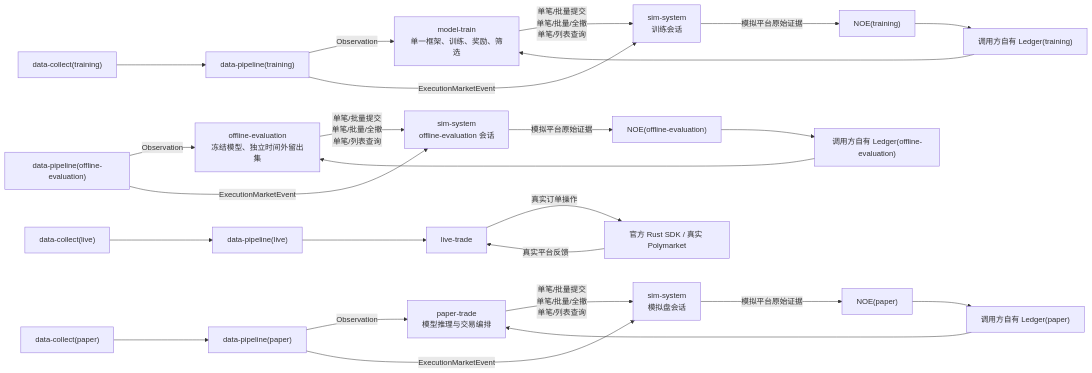
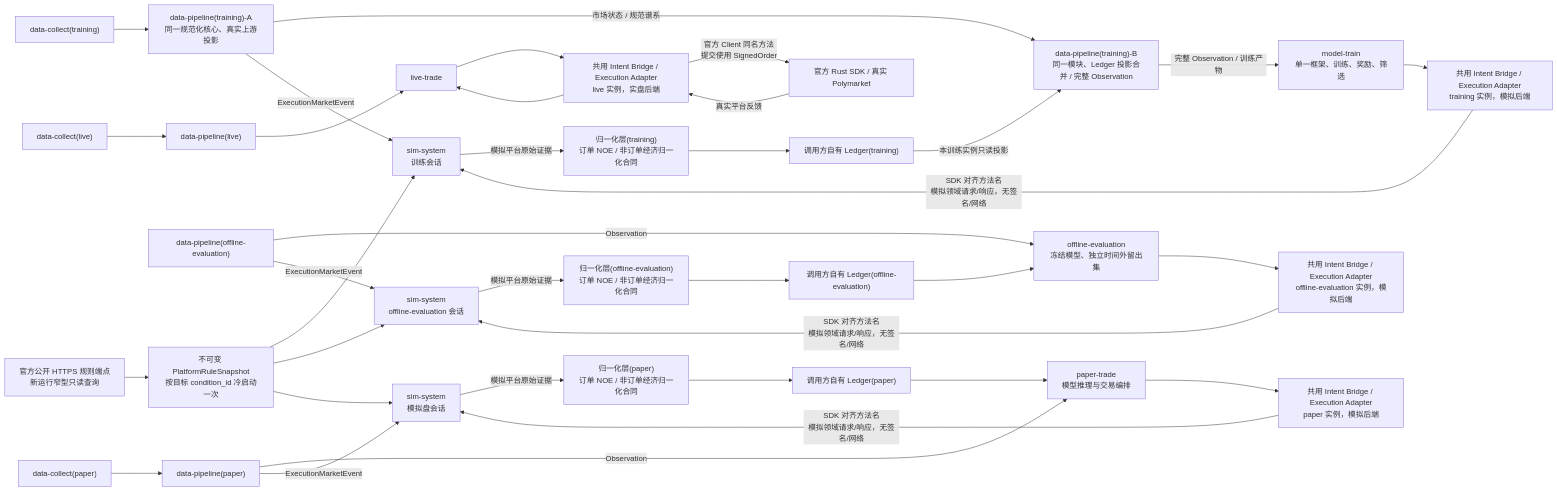
Before and after one commit to slowchillchill/btc-updown-marketmaker: the diagram in demand/sim-system-demand.md, drawn with Mermaid. The commit also changed other lines of this file and 18 other files, not shown here.

Commit message:
pre data-pipeline

````diff
--- a/demand/sim-system-demand.md
+++ b/demand/sim-system-demand.md
@@ -96,30 +175,40 @@
 ```mermaid
 flowchart LR
-    DCT["data-collect(training)"] --> DPT["data-pipeline(training)"]
-    DPT -- "Observation" --> MT["model-train<br/>单一框架、训练、奖励、筛选"]
-    DPT -- "ExecutionMarketEvent" --> SIMT["sim-system<br/>训练会话"]
-    MT -- "单笔/批量提交<br/>单笔/批量/全撤<br/>单笔/列表查询" --> SIMT
-    SIMT -- "模拟平台原始证据" --> NOET["NOE(training)"]
+    RULEHTTP["官方公开 HTTPS 规则端点<br/>新运行窄型只读查询"] --> RSNAP["不可变 PlatformRuleSnapshot<br/>按目标 condition_id 冷启动一次"]
+    RSNAP --> SIMT
+    RSNAP --> SIME
+    RSNAP --> SIMP
+    DCT["data-collect(training)"] --> DPTA["data-pipeline(training)-A<br/>同一规范化核心、真实上游投影"]
+    DPTA -- "市场状态 / 规范谱系" --> DPTB["data-pipeline(training)-B<br/>同一模块、Ledger 投影合并 / 完整 Observation"]
+    DPTA -- "ExecutionMarketEvent" --> SIMT["sim-system<br/>训练会话"]
+    DPTB -- "完整 Observation / 训练产物" --> MT["model-train<br/>单一框架、训练、奖励、筛选"]
+    MT --> BRT["共用 Intent Bridge / Execution Adapter<br/>training 实例，模拟后端"]
+    BRT -- "SDK 对齐方法名<br/>模拟领域请求/响应，无签名/网络" --> SIMT
+    SIMT -- "模拟平台原始证据" --> NOET["归一化层(training)<br/>订单 NOE / 非订单经济归一化合同"]
     NOET --> LEDGERT["调用方自有 Ledger(training)"]
-    LEDGERT --> MT
+    LEDGERT -- "本训练实例只读投影" --> DPTB
 
     DPE["data-pipeline(offline-evaluation)"] -- "Observation" --> OE["offline-evaluation<br/>冻结模型、独立时间外留出集"]
     DPE -- "ExecutionMarketEvent" --> SIME["sim-system<br/>offline-evaluation 会话"]
-    OE -- "单笔/批量提交<br/>单笔/批量/全撤<br/>单笔/列表查询" --> SIME
-    SIME -- "模拟平台原始证据" --> NOEE["NOE(offline-evaluation)"]
+    OE --> BRE["共用 Intent Bridge / Execution Adapter<br/>offline-evaluation 实例，模拟后端"]
+    BRE -- "SDK 对齐方法名<br/>模拟领域请求/响应，无签名/网络" --> SIME
+    SIME -- "模拟平台原始证据" --> NOEE["归一化层(offline-evaluation)<br/>订单 NOE / 非订单经济归一化合同"]
     NOEE --> LEDGERE["调用方自有 Ledger(offline-evaluation)"]
     LEDGERE --> OE
 
     DCP["data-collect(paper)"] --> DPP["data-pipeline(paper)"]
     DPP -- "Observation" --> PT["paper-trade<br/>模型推理与交易编排"]
     DPP -- "ExecutionMarketEvent" --> SIMP["sim-system<br/>模拟盘会话"]
-    PT -- "单笔/批量提交<br/>单笔/批量/全撤<br/>单笔/列表查询" --> SIMP
-    SIMP -- "模拟平台原始证据" --> NOEP["NOE(paper)"]
+    PT --> BRP["共用 Intent Bridge / Execution Adapter<br/>paper 实例，模拟后端"]
+    BRP -- "SDK 对齐方法名<br/>模拟领域请求/响应，无签名/网络" --> SIMP
+    SIMP -- "模拟平台原始证据" --> NOEP["归一化层(paper)<br/>订单 NOE / 非订单经济归一化合同"]
     NOEP --> LEDGERP["调用方自有 Ledger(paper)"]
     LEDGERP --> PT
 
     DCL["data-collect(live)"] --> DPL["data-pipeline(live)"]
     DPL --> LT["live-trade"]
-    LT -- "真实订单操作" --> VENUE["官方 Rust SDK / 真实 Polymarket"]
-    VENUE -- "真实平台反馈" --> LT
+    LT --> BRL["共用 Intent Bridge / Execution Adapter<br/>live 实例，实盘后端"]
+    BRL -- "官方 Client 同名方法<br/>提交使用 SignedOrder" --> VENUE["官方 Rust SDK / 真实 Polymarket"]
+    VENUE -- "真实平台反馈" --> BRL
+    BRL --> LT
 ```
````
